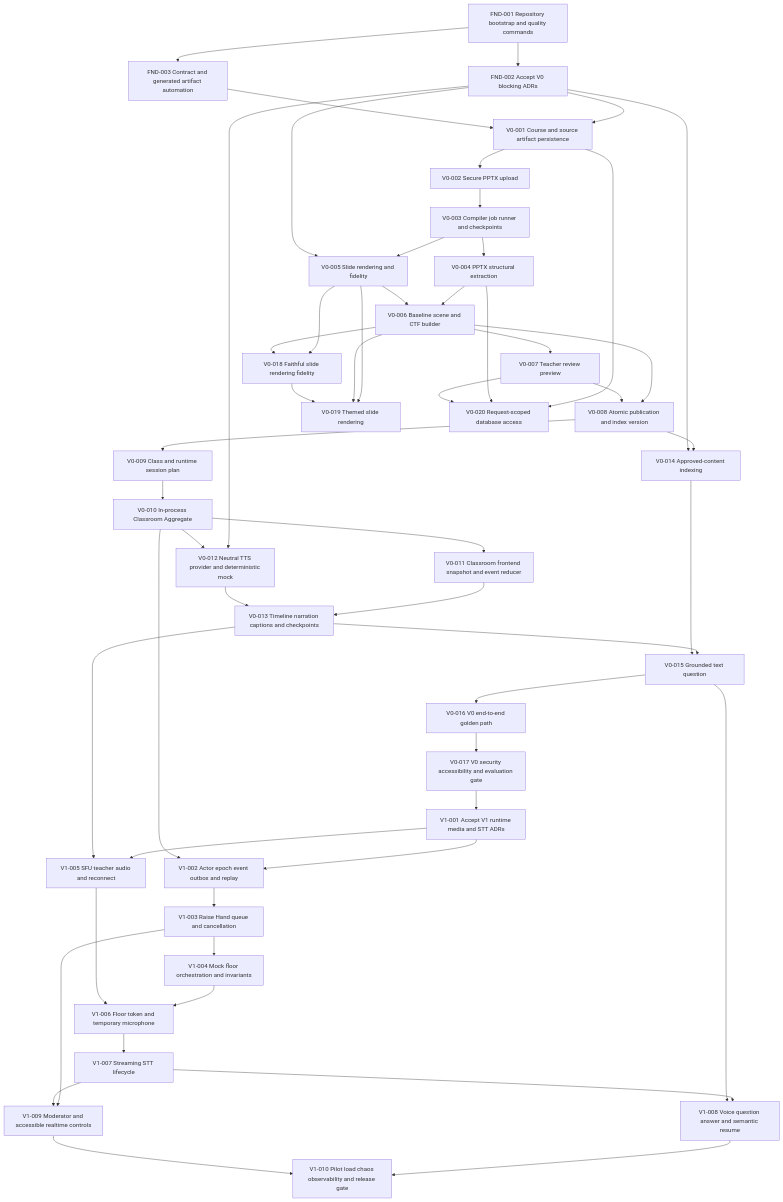
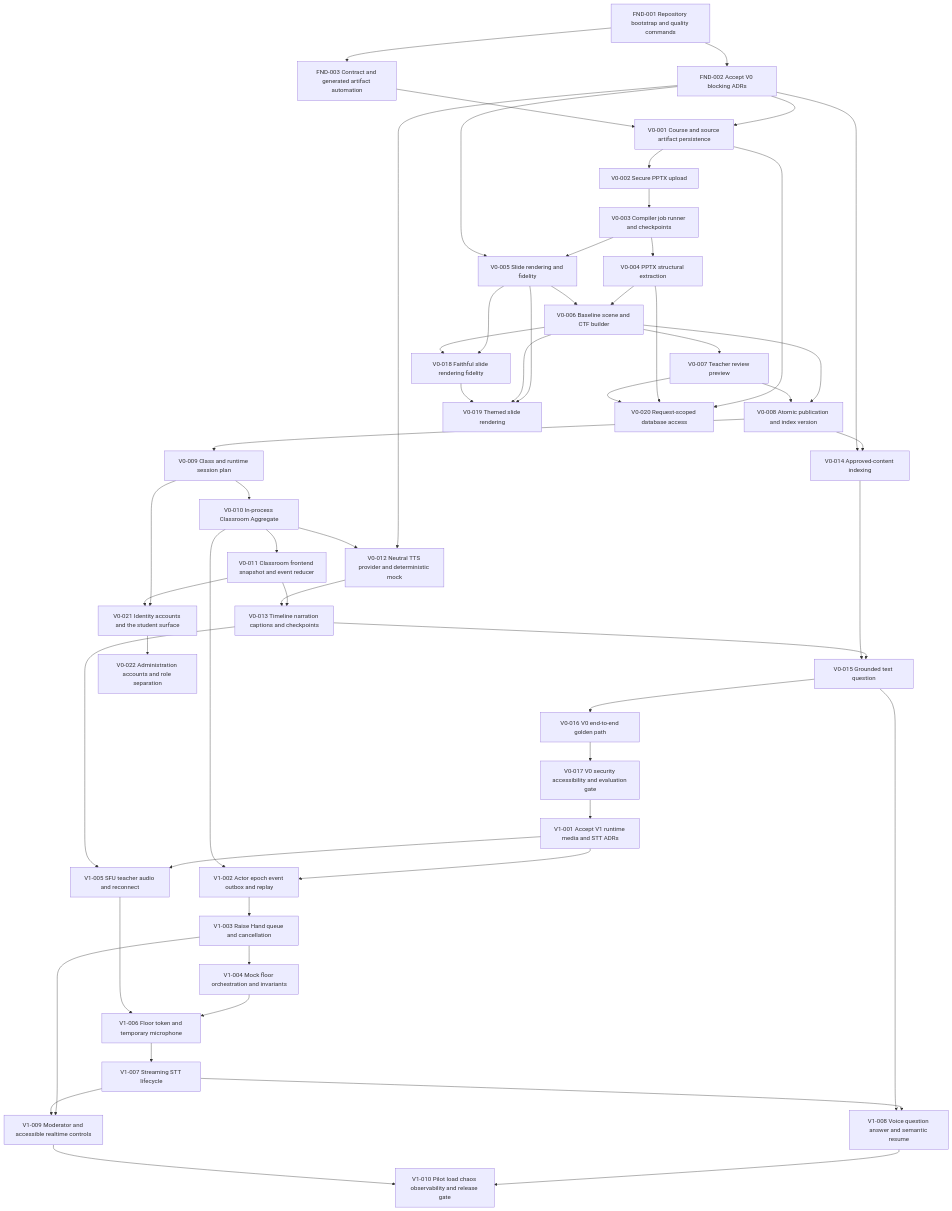
Before and after one commit to dnguyen24498/Mentora: the diagram in tasks/DEPENDENCY_GRAPH.md, drawn with Mermaid. The commit also changed 46 other files, not shown here.

```diff
--- a/tasks/DEPENDENCY_GRAPH.md
+++ b/tasks/DEPENDENCY_GRAPH.md
@@ -60,6 +60,11 @@
   V0_001 --> V0_020
   V0_004 --> V0_020
   V0_007 --> V0_020
+  V0_021["V0-021 Identity accounts and the student surface"]
+  V0_009 --> V0_021
+  V0_011 --> V0_021
+  V0_022["V0-022 Administration accounts and role separation"]
+  V0_021 --> V0_022
   V1_001["V1-001 Accept V1 runtime media and STT ADRs"]
   V0_017 --> V1_001
   V1_002["V1-002 Actor epoch event outbox and replay"]
```
